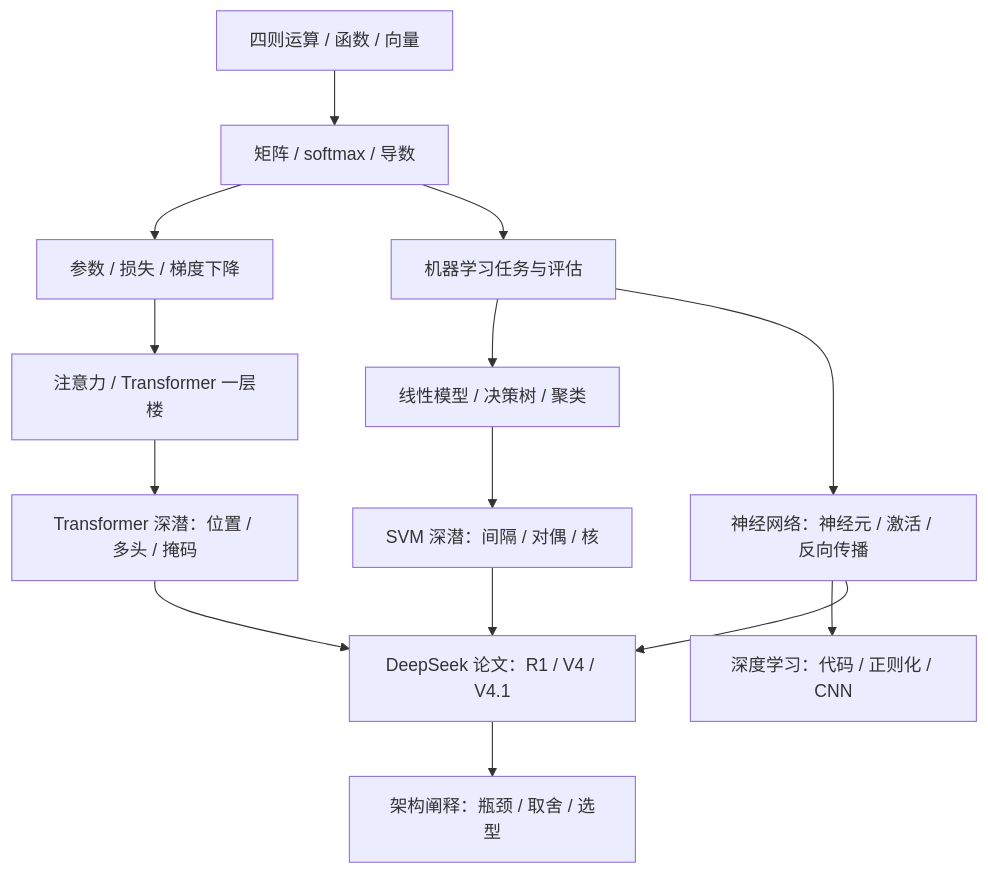
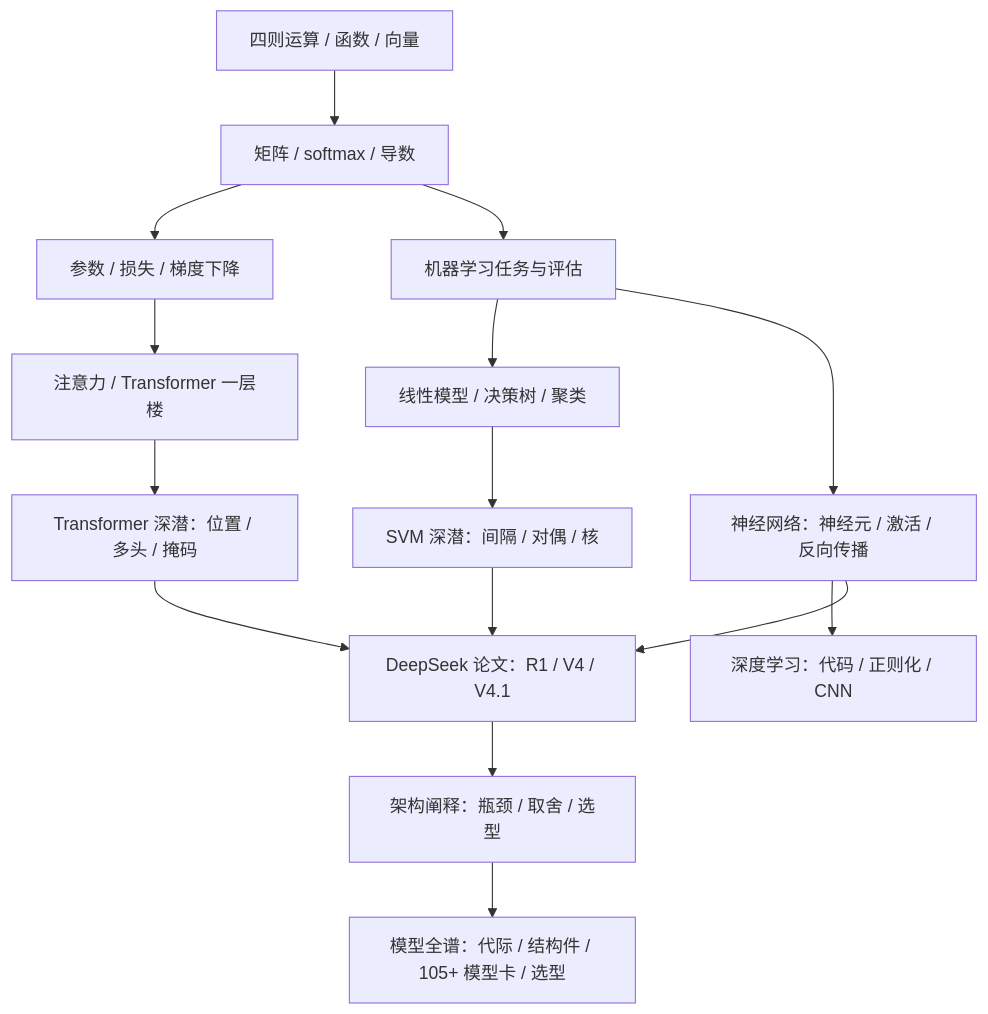
The diagram in 00-跨书总览/学习节点地图.md (zrx-11/ai-architecture-handbook), drawn with Mermaid before and after one commit. The commit also changed other lines of this file and 55 other files, not shown here.

Commit message:
扩展 DeepSeek 全家族：14 章拆解、105+ 模型卡索引、手算与源码地图；首页 7 步主线与移动端适配

````diff
--- a/00-跨书总览/学习节点地图.md
+++ b/00-跨书总览/学习节点地图.md
@@ -20,16 +21,17 @@
 ```mermaid
 flowchart TD
   A["四则运算 / 函数 / 向量"] --> B["矩阵 / softmax / 导数"]
   B --> C["参数 / 损失 / 梯度下降"]
   C --> D["注意力 / Transformer 一层楼"]
   B --> E["机器学习任务与评估"]
   E --> F["线性模型 / 决策树 / 聚类"]
   E --> G["神经网络：神经元 / 激活 / 反向传播"]
   G --> H["深度学习：代码 / 正则化 / CNN"]
   D --> I["Transformer 深潜：位置 / 多头 / 掩码"]
   F --> J["SVM 深潜：间隔 / 对偶 / 核"]
   I --> K["DeepSeek 论文：R1 / V4 / V4.1"]
   G --> K
   J --> K
   K --> L["架构阐释：瓶颈 / 取舍 / 选型"]
+  L --> M["模型全谱：代际 / 结构件 / 105+ 模型卡 / 选型"]
 ```
````
